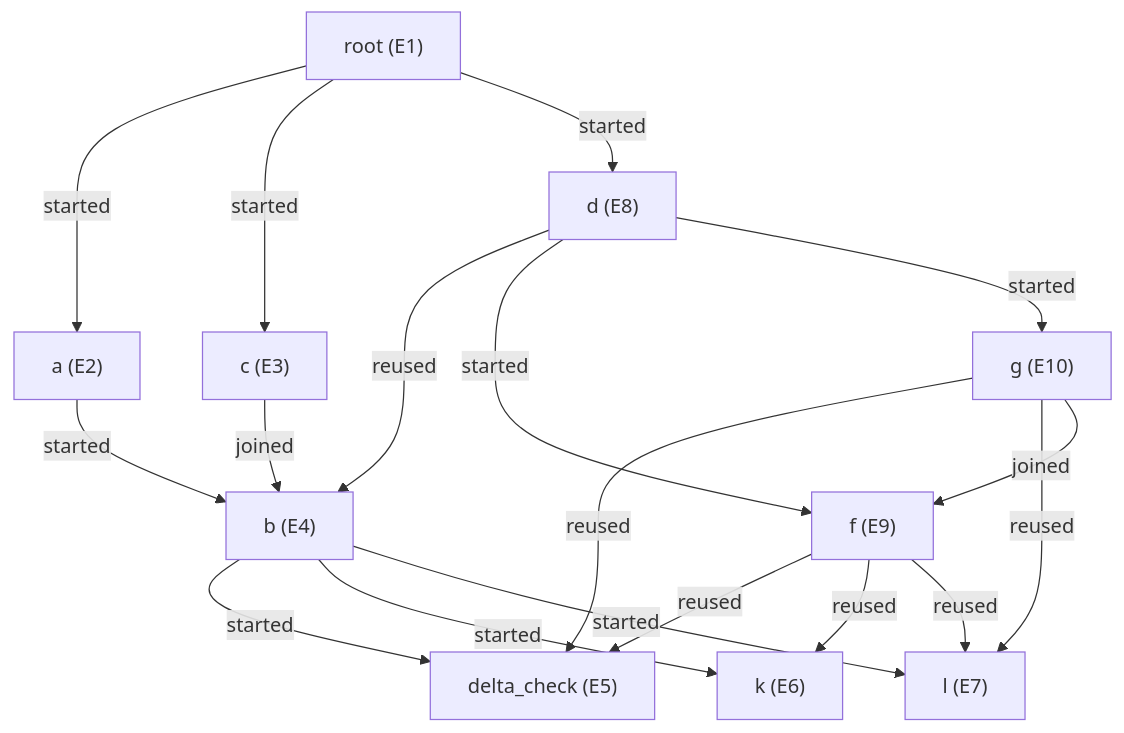
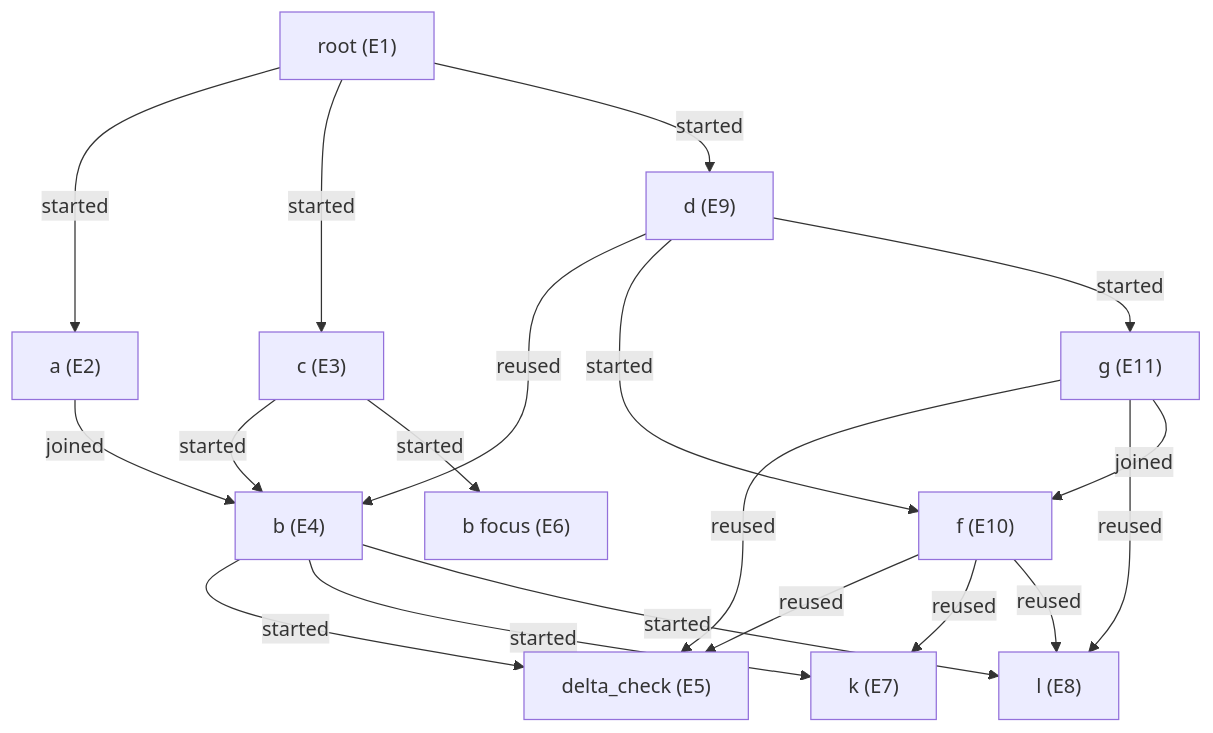
The diagram in examples/trajectories/scenario_a.md (g-1f/harness), drawn with Mermaid before and after one commit. The commit also changed other lines of this file and 20 other files, not shown here.

````diff
--- a/examples/trajectories/scenario_a.md
+++ b/examples/trajectories/scenario_a.md
@@ -55,30 +57,32 @@
 ```mermaid
 flowchart TD
     E1["root (E1)"]
     E2["a (E2)"]
     E3["c (E3)"]
     E4["b (E4)"]
     E5["delta_check (E5)"]
-    E6["k (E6)"]
-    E7["l (E7)"]
-    E8["d (E8)"]
-    E9["f (E9)"]
-    E10["g (E10)"]
+    E6["b focus (E6)"]
+    E7["k (E7)"]
+    E8["l (E8)"]
+    E9["d (E9)"]
+    E10["f (E10)"]
+    E11["g (E11)"]
     E1 -->|started| E2
     E1 -->|started| E3
-    E2 -->|started| E4
-    E3 -->|joined| E4
+    E3 -->|started| E4
+    E2 -->|joined| E4
     E4 -->|started| E5
-    E4 -->|started| E6
+    E3 -->|started| E6
     E4 -->|started| E7
-    E1 -->|started| E8
-    E8 -->|reused| E4
-    E8 -->|started| E9
-    E8 -->|started| E10
+    E4 -->|started| E8
+    E1 -->|started| E9
+    E9 -->|reused| E4
+    E9 -->|started| E10
+    E9 -->|started| E11
+    E11 -->|reused| E5
     E10 -->|reused| E5
-    E9 -->|reused| E5
-    E9 -->|reused| E6
-    E9 -->|reused| E7
+    E11 -->|reused| E8
+    E11 -->|joined| E10
     E10 -->|reused| E7
-    E10 -->|joined| E9
+    E10 -->|reused| E8
 ```
````
